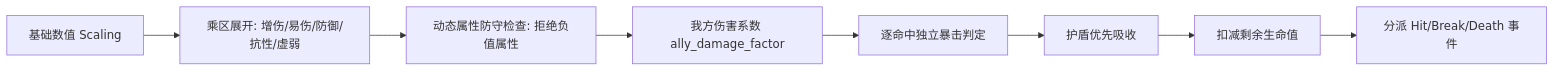
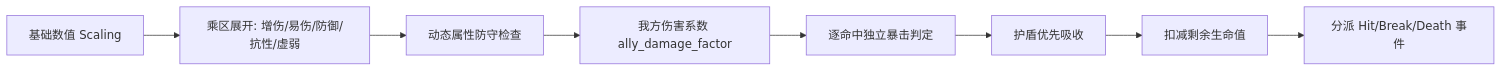
One commit to Sakura-Ex/Hyacimicon changed the third of 3 diagrams in docs/modules/battle-simulation/design.md. Above: the diagram before and after it, drawn with Mermaid. The commit also changed other lines of this file and 5 other files, not shown here.

````diff
--- a/docs/modules/battle-simulation/design.md
+++ b/docs/modules/battle-simulation/design.md
@@ -130,10 +130,10 @@
 ```mermaid
 flowchart LR
     Base[基础数值 Scaling] --> Multipliers[乘区展开: 增伤/易伤/防御/抗性/虚弱]
-    Multipliers --> SafetyCheck[动态属性防守检查: 拒绝负值属性]
+    Multipliers --> SafetyCheck[动态属性防守检查]
     SafetyCheck --> AllyFactor[我方伤害系数 ally_damage_factor]
     AllyFactor --> CritRNG[逐命中独立暴击判定]
     CritRNG --> Shield[护盾优先吸收]
     Shield --> HP[扣减剩余生命值]
     HP --> Events[分派 Hit/Break/Death 事件]
 ```
````
